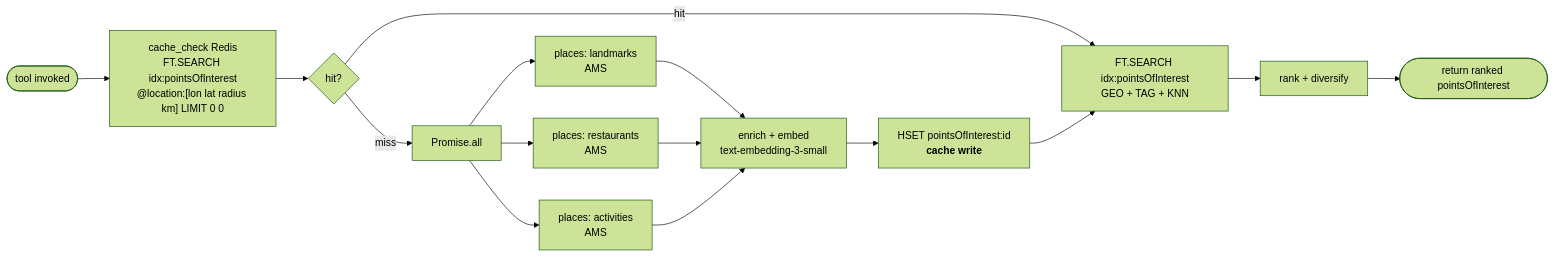
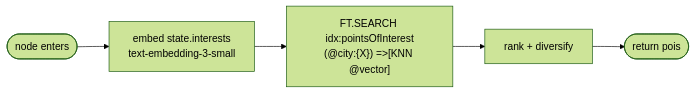
Before and after one commit to booleanhunter/travel-planning-agent-agui-langraph: the second of 2 diagrams in docs/diagrams/flowchart.md, drawn with Mermaid (forest theme). The commit also changed other lines of this file and 8 other files, not shown here.

First line of the commit message:
docs(diagrams): realign architecture docs with the single-graph design

````diff
--- a/docs/diagrams/flowchart.md
+++ b/docs/diagrams/flowchart.md
@@ -39,15 +24,7 @@
 ```mermaid
 flowchart LR
-      IN([tool invoked]) --> CC["cache_check Redis<br/>FT.SEARCH idx:pointsOfInterest<br/>@location:[lon lat radius km] LIMIT 0 0"]
-      CC --> M{hit?}
-      M -- hit --> K
-      M -- miss --> P[Promise.all]
-      P --> P1[places: landmarks<br/>AMS]
-      P --> P2[places: restaurants<br/>AMS]
-      P --> P3[places: activities<br/>AMS]
-      P1 & P2 & P3 --> E[enrich + embed<br/>text-embedding-3-small]
-      E --> W[HSET pointsOfInterest:id<br/><b>cache write</b>]
-      W --> K[FT.SEARCH idx:pointsOfInterest<br/>GEO + TAG + KNN]
-      K --> R[rank + diversify]
-      R --> OUT([return ranked pointsOfInterest])
+      IN([node enters]) --> EM[embed state.interests<br/>text-embedding-3-small]
+      EM --> KNN["FT.SEARCH idx:pointsOfInterest<br/>(@city:{X}) =>[KNN @vector]"]
+      KNN --> RANK[rank + diversify]
+      RANK --> OUT([return pois])
 ```
````
